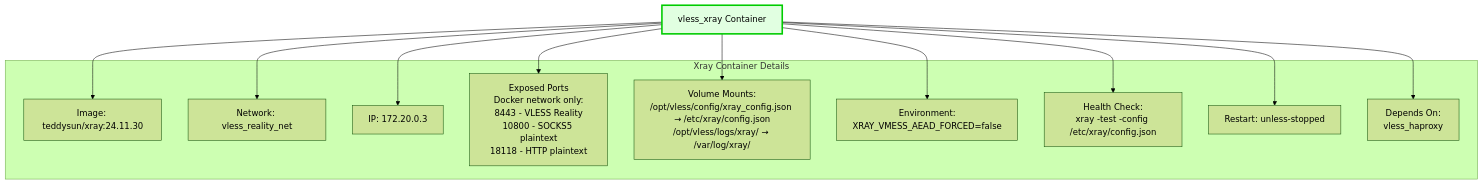
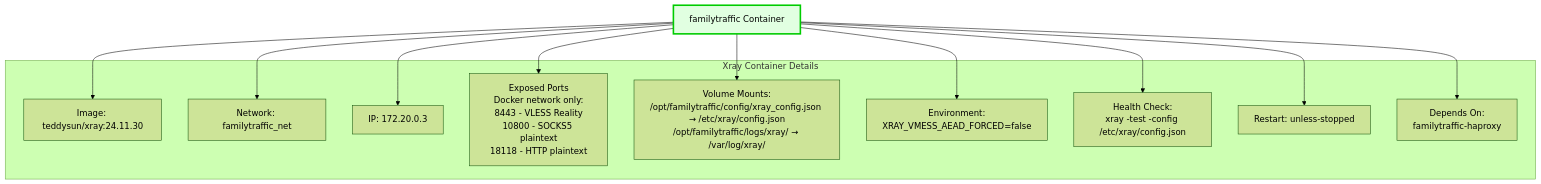
The third of 10 diagrams in docs/architecture/diagrams/deployment/docker-topology.md (ikeniborn/vless), drawn with Mermaid (forest theme) before and after one commit. The commit also changed other lines of this file and 66 other files, not shown here.

First line of the commit message:
refactor(rename): replace old project name 'vless' with 'familytraffic'

````diff
--- a/docs/architecture/diagrams/deployment/docker-topology.md
+++ b/docs/architecture/diagrams/deployment/docker-topology.md
@@ -129,34 +129,34 @@
 ```mermaid
 graph TB
-    XrayContainer[vless_xray Container]
+    XrayContainer[familytraffic Container]
 
     subgraph "Xray Container Details"
         Image[Image: teddysun/xray:24.11.30]
-        NetworkMode[Network: vless_reality_net]
+        NetworkMode[Network: familytraffic_net]
         IP[IP: 172.20.0.3]
 
         ExposedPorts[Exposed Ports<br/>Docker network only:<br/>8443 - VLESS Reality<br/>10800 - SOCKS5 plaintext<br/>18118 - HTTP plaintext]
 
-        Volumes[Volume Mounts:<br/>/opt/vless/config/xray_config.json → /etc/xray/config.json<br/>/opt/vless/logs/xray/ → /var/log/xray/]
+        Volumes[Volume Mounts:<br/>/opt/familytraffic/config/xray_config.json → /etc/xray/config.json<br/>/opt/familytraffic/logs/xray/ → /var/log/xray/]
 
         Environment[Environment:<br/>XRAY_VMESS_AEAD_FORCED=false]
 
         HealthCheck[Health Check:<br/>xray -test -config /etc/xray/config.json]
 
         Restart[Restart: unless-stopped]
 
-        DependsOn[Depends On:<br/>vless_haproxy]
+        DependsOn[Depends On:<br/>familytraffic-haproxy]
     end
 
     XrayContainer --> Image
     XrayContainer --> NetworkMode
     XrayContainer --> IP
     XrayContainer --> ExposedPorts
     XrayContainer --> Volumes
     XrayContainer --> Environment
     XrayContainer --> HealthCheck
     XrayContainer --> Restart
     XrayContainer --> DependsOn
 
     style XrayContainer fill:#e1ffe1,stroke:#00cc00,stroke-width:3px
 ```
````
